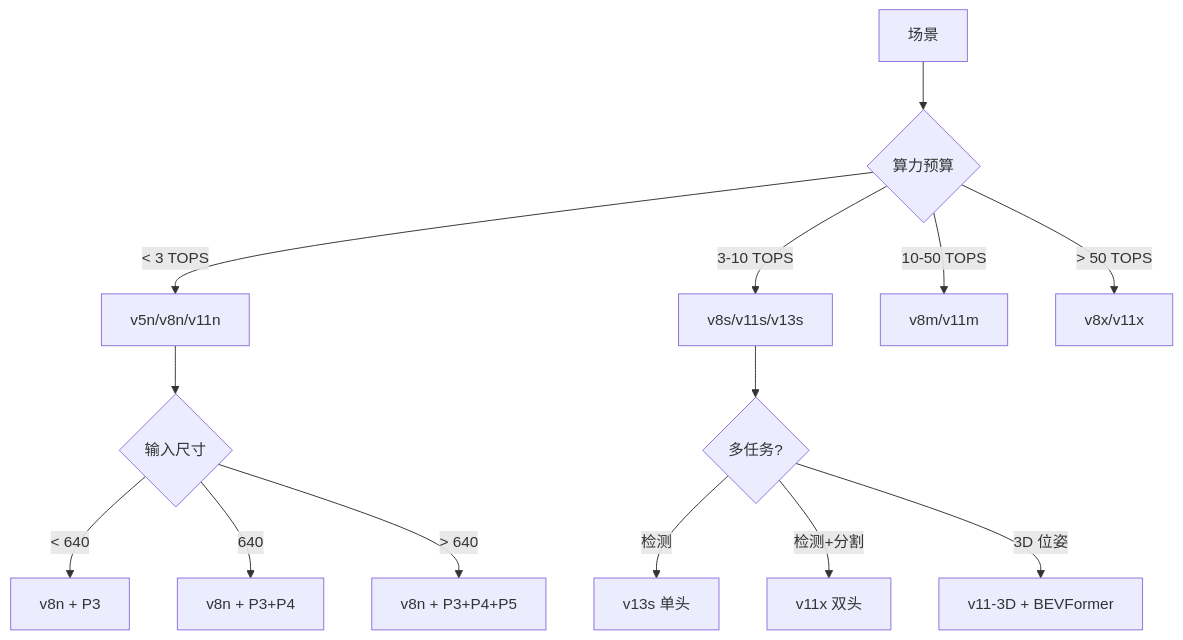
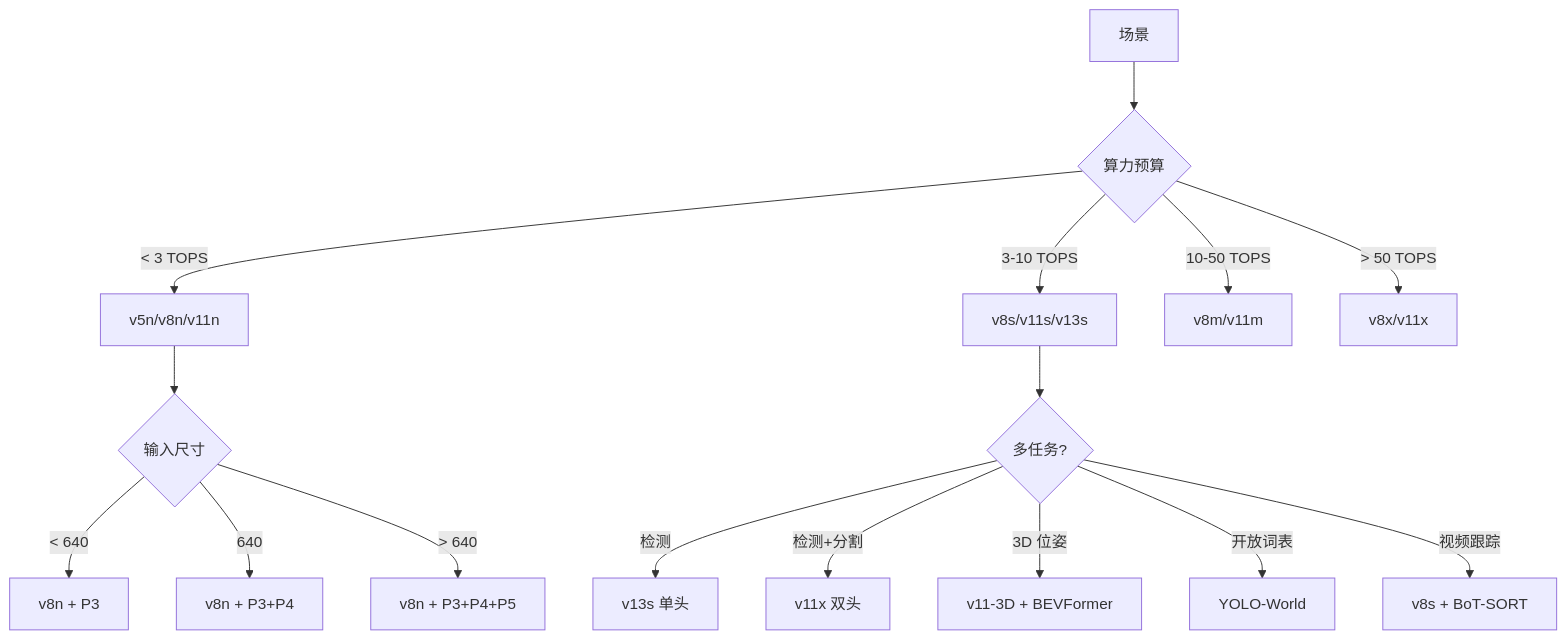
The first of 2 diagrams in docs/cases/compare.md (yejinlei/agent-yolo), drawn with Mermaid before and after one commit. The commit also changed other lines of this file and 3 other files, not shown here.

Commit message:
docs: add Batch 4 (case cross-compare, matrix expansion, timeline viz, glossary bilingual)

````diff
--- a/docs/cases/compare.md
+++ b/docs/cases/compare.md
@@ -21,16 +26,18 @@
 ```mermaid
 flowchart TB
   A[场景] --> B{算力预算}
   B -->|< 3 TOPS| C[v5n/v8n/v11n]
   B -->|3-10 TOPS| D[v8s/v11s/v13s]
   B -->|10-50 TOPS| E[v8m/v11m]
   B -->|> 50 TOPS| F[v8x/v11x]
   C --> G{输入尺寸}
   G -->|< 640| H[v8n + P3]
   G -->|640| I[v8n + P3+P4]
   G -->|> 640| J[v8n + P3+P4+P5]
   D --> K{多任务?}
   K -->|检测| L[v13s 单头]
   K -->|检测+分割| M[v11x 双头]
   K -->|3D 位姿| N[v11-3D + BEVFormer]
+  K -->|开放词表| O[YOLO-World]
+  K -->|视频跟踪| P[v8s + BoT-SORT]
 ```
````
